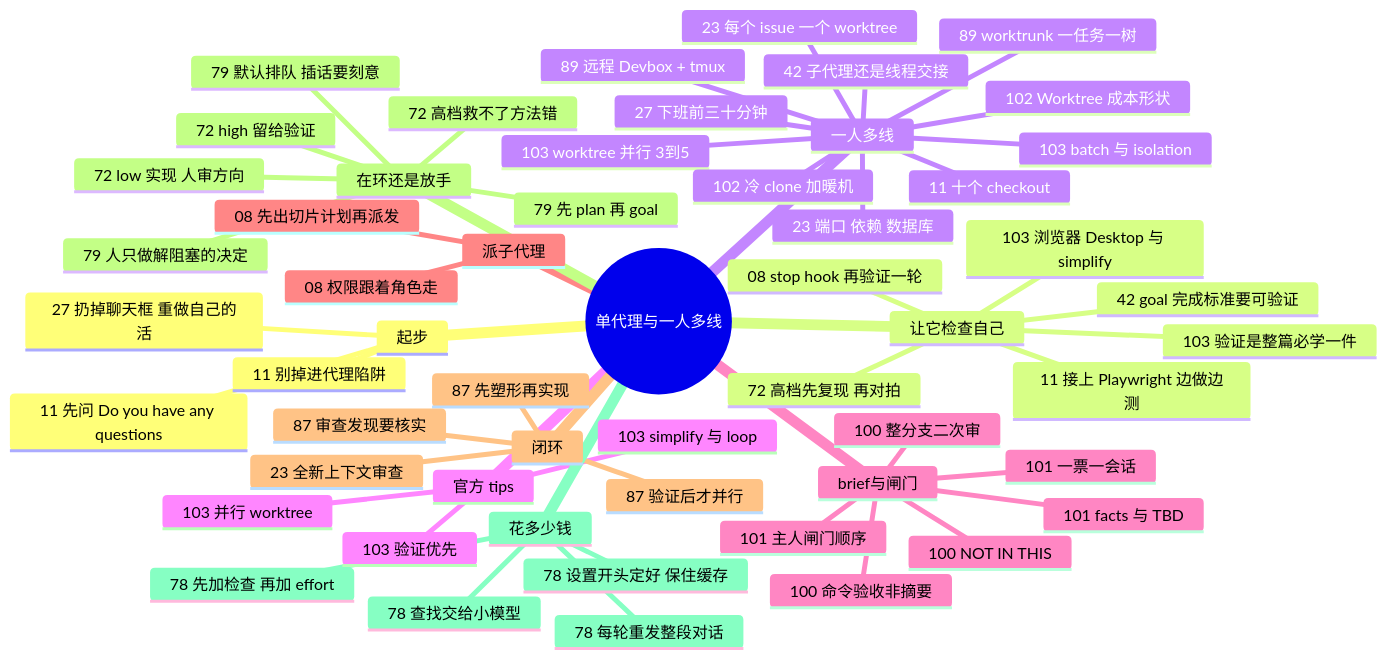
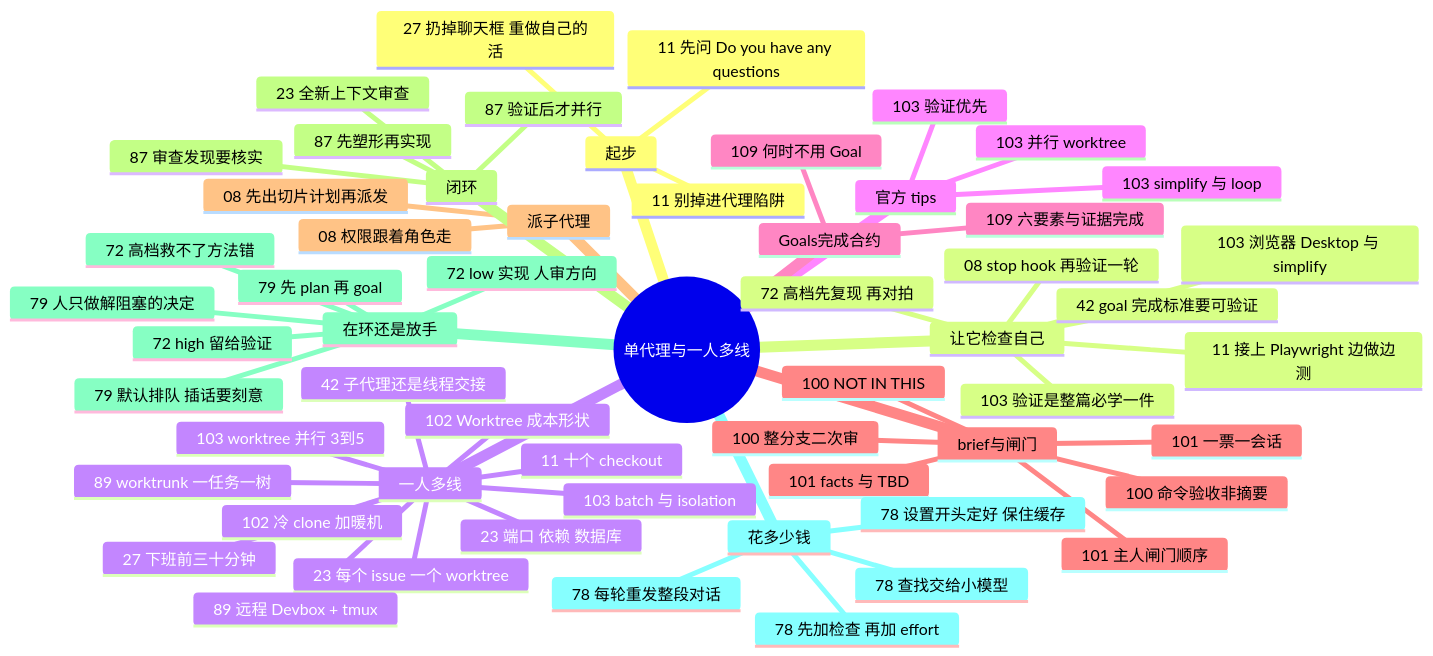
The diagram in docs/guide/solo.md (yzw7489757/ai-coding-videos), drawn with Mermaid before and after one commit. The commit also changed other lines of this file and 17 other files, not shown here.

First line of the commit message:
第十九批收录 #107–#110：配置面地图、五级对齐、Goals、闭环修复环

````diff
--- a/docs/guide/solo.md
+++ b/docs/guide/solo.md
@@ -15,58 +15,61 @@
 ```mermaid
 mindmap
   root((单代理与一人多线))
     起步
       27 扔掉聊天框 重做自己的活
       11 先问 Do you have any questions
       11 别掉进代理陷阱
     让它检查自己
       11 接上 Playwright 边做边测
       42 goal 完成标准要可验证
       08 stop hook 再验证一轮
       72 高档先复现 再对拍
       103 验证是整篇必学一件
       103 浏览器 Desktop 与 simplify
     一人多线
       11 十个 checkout
       23 每个 issue 一个 worktree
       23 端口 依赖 数据库
       103 worktree 并行 3到5
       103 batch 与 isolation
       102 Worktree 成本形状
       102 冷 clone 加暖机
       89 远程 Devbox + tmux
       89 worktrunk 一任务一树
       27 下班前三十分钟
       42 子代理还是线程交接
     官方 tips
       103 验证优先
       103 并行 worktree
       103 simplify 与 loop
+    Goals完成合约
+      109 六要素与证据完成
+      109 何时不用 Goal
     brief与闸门
       100 NOT IN THIS
       100 命令验收非摘要
       100 整分支二次审
       101 主人闸门顺序
       101 facts 与 TBD
       101 一票一会话
     派子代理
       08 先出切片计划再派发
       08 权限跟着角色走
     闭环
       87 先塑形再实现
       87 验证后才并行
       87 审查发现要核实
       23 全新上下文审查
     在环还是放手
       72 low 实现 人审方向
       72 high 留给验证
       72 高档救不了方法错
       79 人只做解阻塞的决定
       79 默认排队 插话要刻意
       79 先 plan 再 goal
     花多少钱
       78 每轮重发整段对话
       78 先加检查 再加 effort
       78 查找交给小模型
       78 设置开头定好 保住缓存
 ```
````
